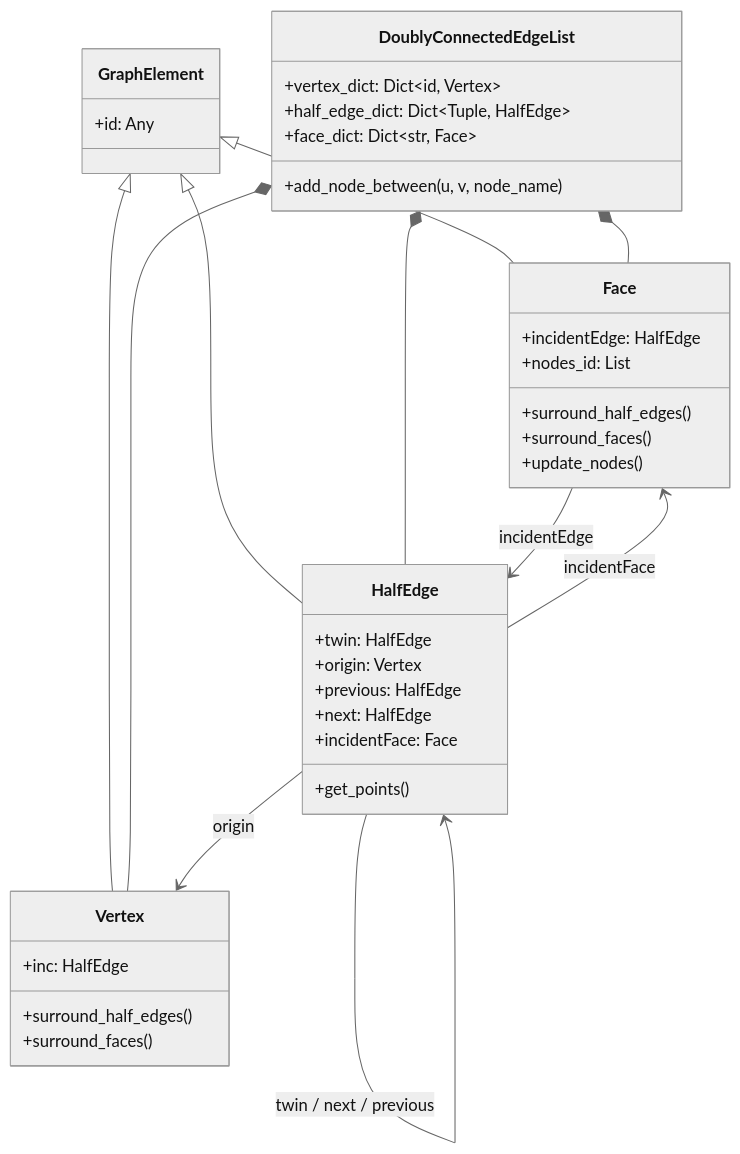
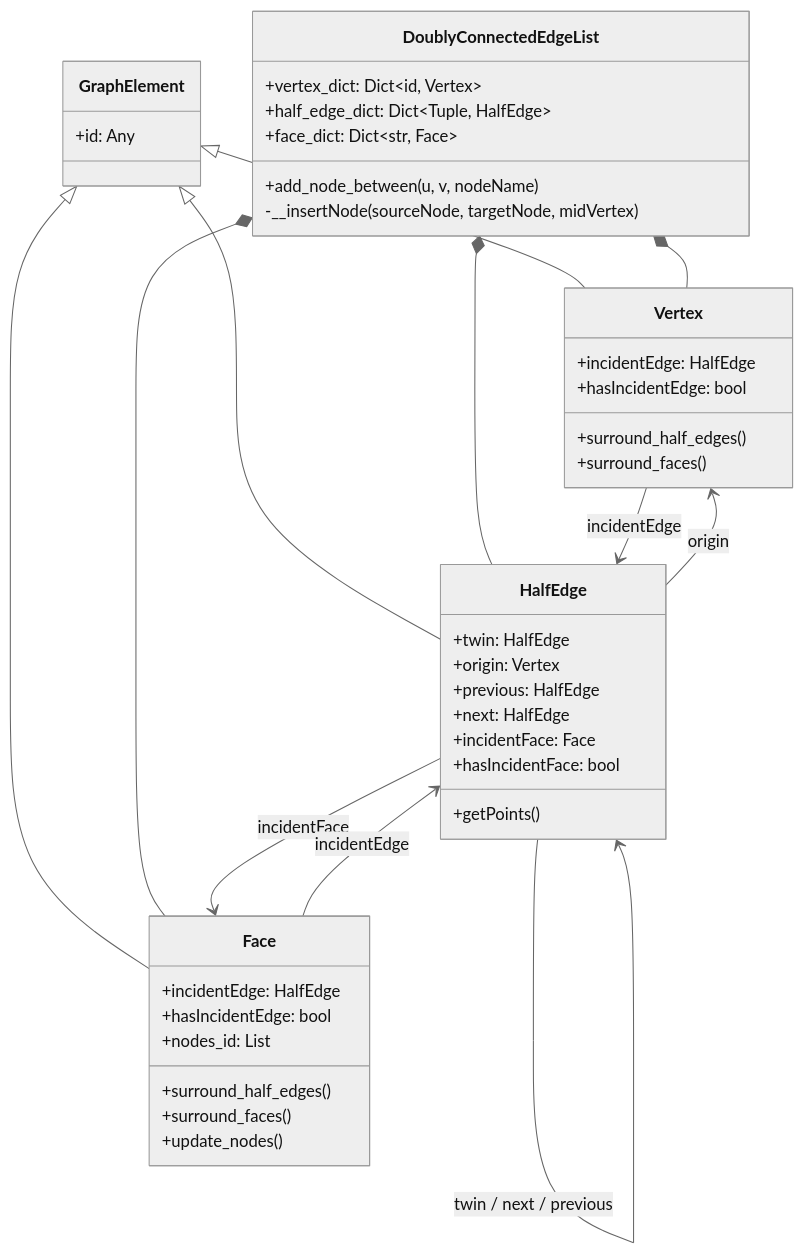
Before and after one commit to hasii2011/orthogonal: the third of 5 diagrams in developer/ArchitectureDescription.md, drawn with Mermaid (neutral theme). The commit also changed other lines of this file and 14 other files, not shown here.

````diff
--- a/developer/ArchitectureDescription.md
+++ b/developer/ArchitectureDescription.md
@@ -70,43 +70,48 @@
 ```mermaid
 classDiagram
     class GraphElement {
         +id: Any
     }
     class Vertex {
-        +inc: HalfEdge
+        +incidentEdge: HalfEdge
+        +hasIncidentEdge: bool
         +surround_half_edges()
         +surround_faces()
     }
     class Face {
         +incidentEdge: HalfEdge
+        +hasIncidentEdge: bool
         +nodes_id: List
         +surround_half_edges()
         +surround_faces()
         +update_nodes()
     }
     class HalfEdge {
         +twin: HalfEdge
         +origin: Vertex
         +previous: HalfEdge
         +next: HalfEdge
         +incidentFace: Face
-        +get_points()
+        +hasIncidentFace: bool
+        +getPoints()
     }
     class DoublyConnectedEdgeList {
         +vertex_dict: Dict~id, Vertex~
         +half_edge_dict: Dict~Tuple, HalfEdge~
         +face_dict: Dict~str, Face~
-        +add_node_between(u, v, node_name)
+        +add_node_between(u, v, nodeName)
+        -__insertNode(sourceNode, targetNode, midVertex)
     }
 
     GraphElement <|-- Vertex
     GraphElement <|-- Face
     GraphElement <|-- HalfEdge
     DoublyConnectedEdgeList *-- Vertex
     DoublyConnectedEdgeList *-- Face
     DoublyConnectedEdgeList *-- HalfEdge
     HalfEdge --> HalfEdge : twin / next / previous
     HalfEdge --> Vertex : origin
     HalfEdge --> Face : incidentFace
     Face --> HalfEdge : incidentEdge
+    Vertex --> HalfEdge : incidentEdge
 ```
````
